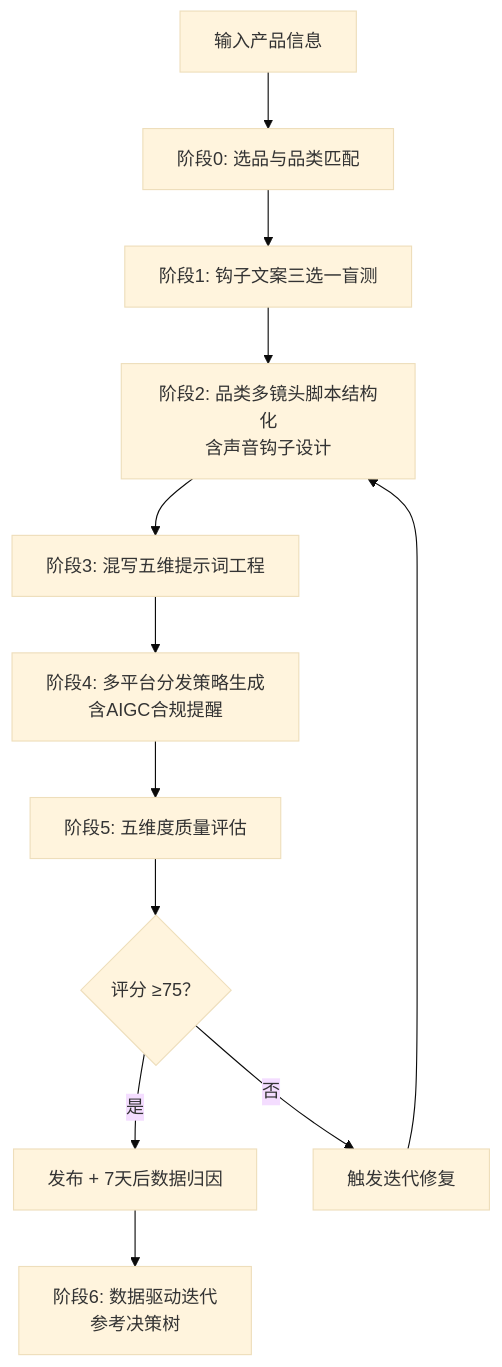
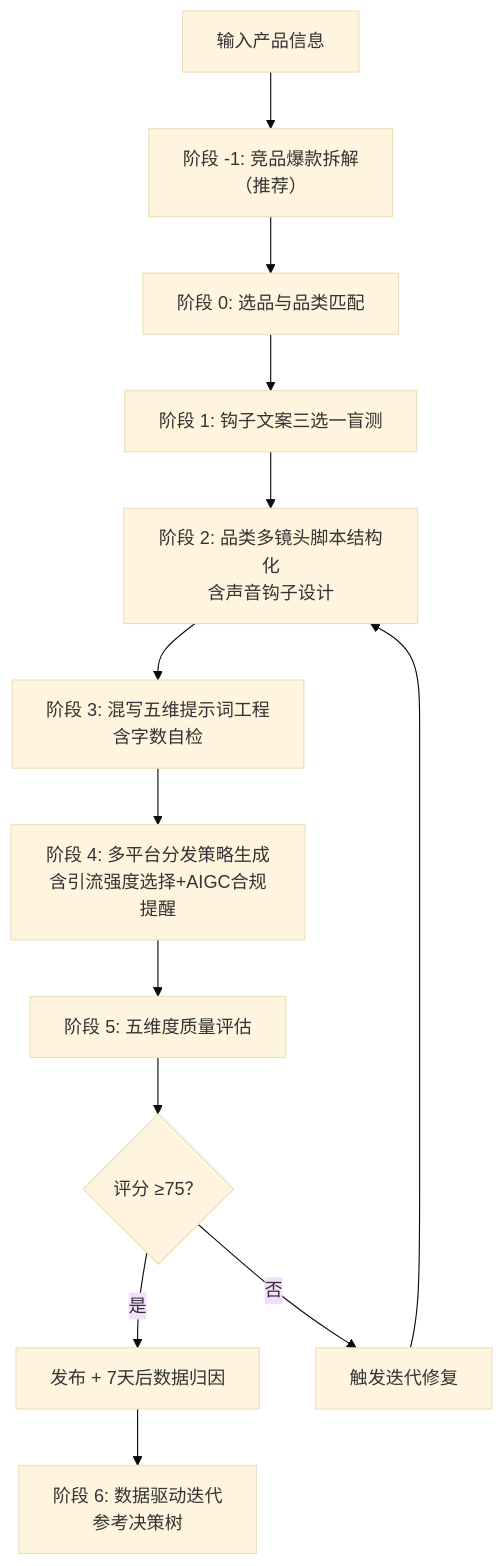
The diagram in README.md (qq547820639/tiktok-ad-video-skill), drawn with Mermaid (base theme) before and after one commit. The commit also changed other lines of this file, not shown here.

````diff
--- a/README.md
+++ b/README.md
@@ -136,14 +149,15 @@
 ```mermaid
 graph TD
-    A[输入产品信息] --> B[阶段0: 选品与品类匹配]
-    B --> C[阶段1: 钩子文案三选一盲测]
-    C --> D[阶段2: 品类多镜头脚本结构化<br/>含声音钩子设计]
-    D --> E[阶段3: 混写五维提示词工程]
-    E --> F[阶段4: 多平台分发策略生成<br/>含AIGC合规提醒]
-    F --> G[阶段5: 五维度质量评估]
-    G --> H{评分 ≥75？}
-    H -->|是| I[发布 + 7天后数据归因]
-    H -->|否| J[触发迭代修复]
-    I --> K[阶段6: 数据驱动迭代<br/>参考决策树]
-    J --> D
+    A[输入产品信息] --> B[阶段 -1: 竞品爆款拆解<br/>（推荐）]
+    B --> C[阶段 0: 选品与品类匹配]
+    C --> D[阶段 1: 钩子文案三选一盲测]
+    D --> E[阶段 2: 品类多镜头脚本结构化<br/>含声音钩子设计]
+    E --> F[阶段 3: 混写五维提示词工程<br/>含字数自检]
+    F --> G[阶段 4: 多平台分发策略生成<br/>含引流强度选择+AIGC合规提醒]
+    G --> H[阶段 5: 五维度质量评估]
+    H --> I{评分 ≥75？}
+    I -->|是| J[发布 + 7天后数据归因]
+    I -->|否| K[触发迭代修复]
+    J --> L[阶段 6: 数据驱动迭代<br/>参考决策树]
+    K --> E
 ```
````
